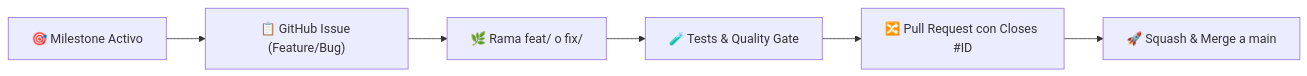
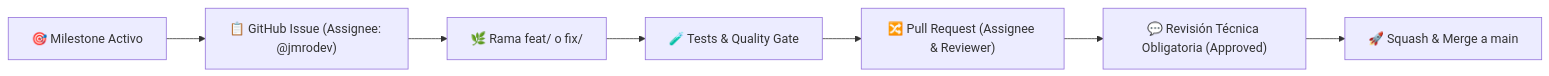
One commit to jmrodev/fleet-tracker changed the diagram in AGENTS.md. Above: the diagram before and after it, drawn with Mermaid. The commit also changed other lines of this file, not shown here.

````diff
--- a/AGENTS.md
+++ b/AGENTS.md
@@ -35,8 +34,9 @@
 ```mermaid
 flowchart LR
-    Milestone["🎯 Milestone Activo"] --> Issue["📋 GitHub Issue (Feature/Bug)"]
+    Milestone["🎯 Milestone Activo"] --> Issue["📋 GitHub Issue (Assignee: @jmrodev)"]
     Issue --> Branch["🌿 Rama feat/ o fix/"]
     Branch --> Test["🧪 Tests & Quality Gate"]
-    Test --> PR["🔀 Pull Request con Closes #ID"]
-    PR --> Merge["🚀 Squash & Merge a main"]
+    Test --> PR["🔀 Pull Request (Assignee & Reviewer)"]
+    PR --> Review["💬 Revisión Técnica Obligatoria (Approved)"]
+    Review --> Merge["🚀 Squash & Merge a main"]
 ```
````
